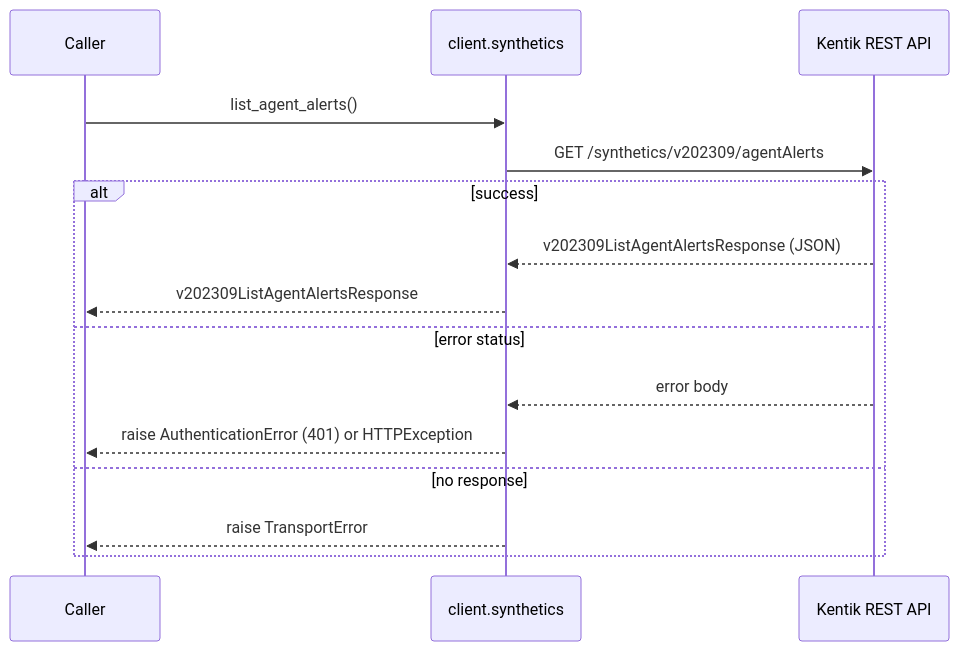
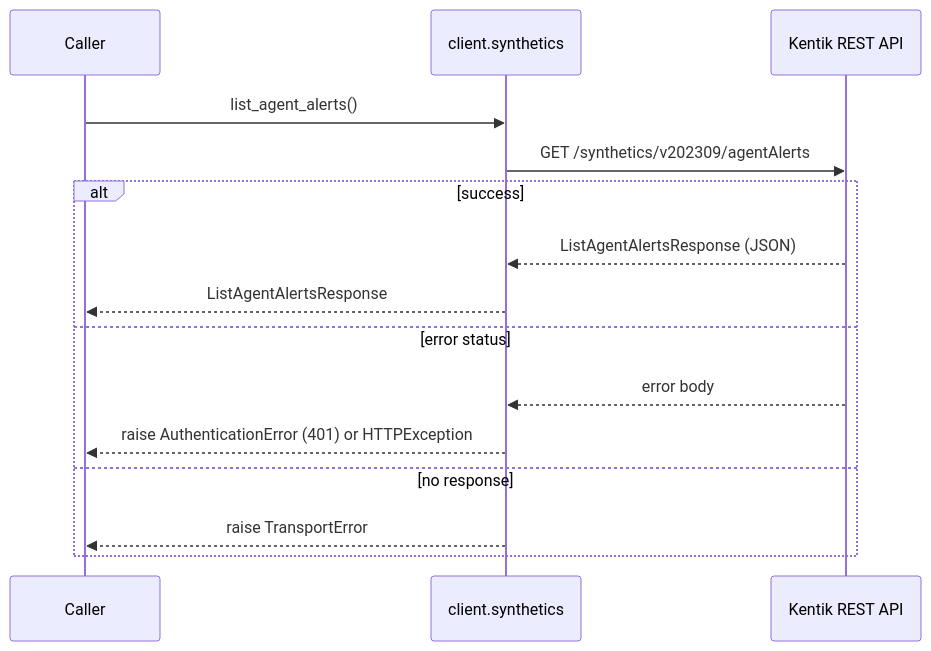
One commit to alexdearaujo/community_sdk_python changed the second of 38 diagrams in docs/sphinx/services/synthetics.md. Above: the diagram before and after it, drawn with Mermaid. The commit also changed other lines of this file and 38 other files, not shown here.

````diff
--- a/docs/sphinx/services/synthetics.md
+++ b/docs/sphinx/services/synthetics.md
@@ -40,18 +40,18 @@
 ```mermaid
 sequenceDiagram
     participant C as Caller
     participant W as client.synthetics
     participant API as Kentik REST API
 
     C->>W: list_agent_alerts()
     W->>API: GET /synthetics/v202309/agentAlerts
     alt success
-        API-->>W: v202309ListAgentAlertsResponse (JSON)
-        W-->>C: v202309ListAgentAlertsResponse
+        API-->>W: ListAgentAlertsResponse (JSON)
+        W-->>C: ListAgentAlertsResponse
     else error status
         API-->>W: error body
         W-->>C: raise AuthenticationError (401) or HTTPException
     else no response
         W-->>C: raise TransportError
     end
 ```
````
